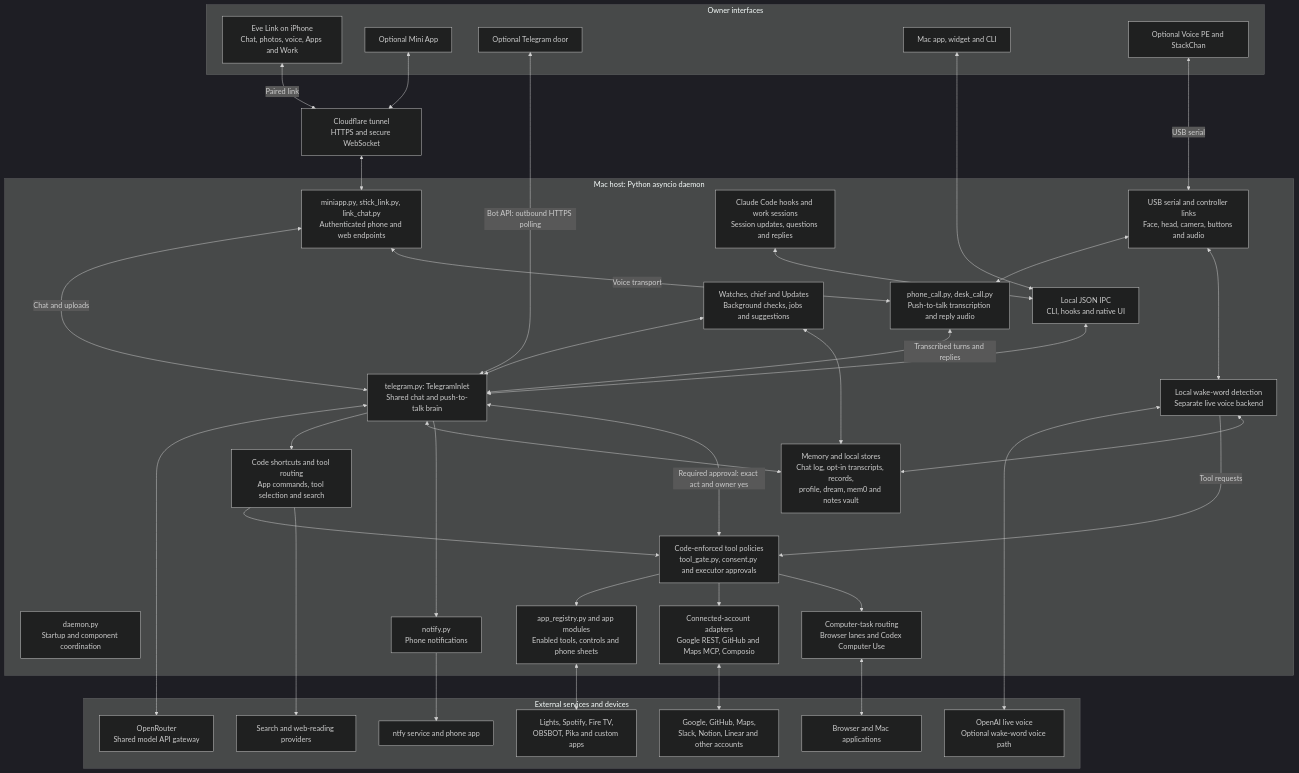
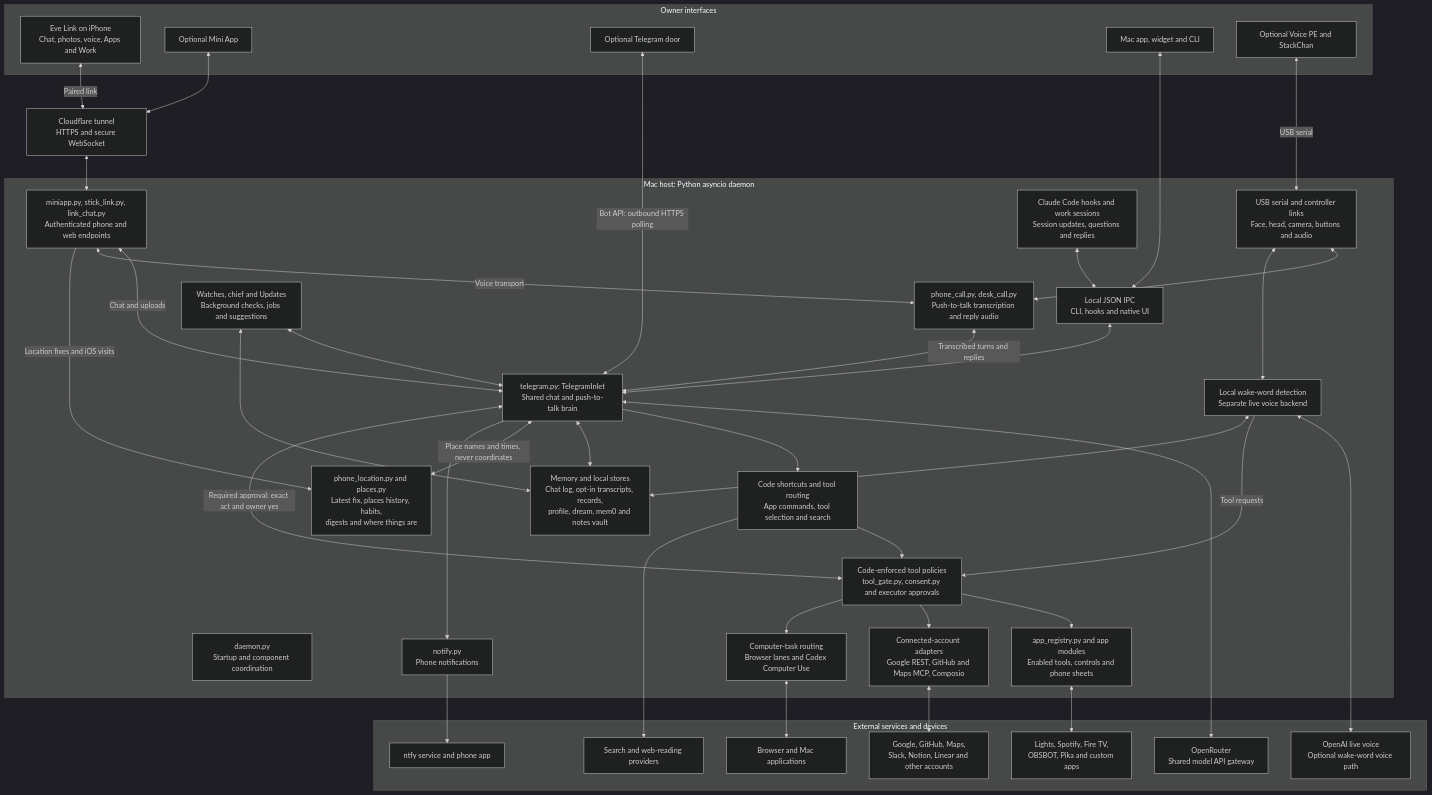
Before and after one commit to gurul/eve_01: the first of 2 diagrams in docs/system-design.md, drawn with Mermaid (dark theme). The commit also changed other lines of this file, not shown here.

First line of the commit message:
System design: the phone's location and the places history

````diff
--- a/docs/system-design.md
+++ b/docs/system-design.md
@@ -9,74 +9,77 @@
 ```mermaid
 flowchart TB
     subgraph surfaces["Owner interfaces"]
         phone["Eve Link on iPhone<br/>Chat, photos, voice, Apps and Work"]
         mini["Optional Mini App"]
         telegram["Optional Telegram door"]
         desktop["Mac app, widget and CLI"]
         desk["Optional Voice PE and StackChan"]
     end
 
     tunnel["Cloudflare tunnel<br/>HTTPS and secure WebSocket"]
 
     subgraph host["Mac host: Python asyncio daemon"]
         lifecycle["daemon.py<br/>Startup and component coordination"]
         api["miniapp.py, stick_link.py, link_chat.py<br/>Authenticated phone and web endpoints"]
         calls["phone_call.py, desk_call.py<br/>Push-to-talk transcription and reply audio"]
         ipc["Local JSON IPC<br/>CLI, hooks and native UI"]
         body["USB serial and controller links<br/>Face, head, camera, buttons and audio"]
         wake["Local wake-word detection<br/>Separate live voice backend"]
         brain["telegram.py: TelegramInlet<br/>Shared chat and push-to-talk brain"]
         routing["Code shortcuts and tool routing<br/>App commands, tool selection and search"]
         gate["Code-enforced tool policies<br/>tool_gate.py, consent.py and executor approvals"]
         registry["app_registry.py and app modules<br/>Enabled tools, controls and phone sheets"]
         accounts["Connected-account adapters<br/>Google REST, GitHub and Maps MCP, Composio"]
         tasks["Computer-task routing<br/>Browser lanes and Codex Computer Use"]
         jobs["Watches, chief and Updates<br/>Background checks, jobs and suggestions"]
         memory["Memory and local stores<br/>Chat log, opt-in transcripts, records,<br/>profile, dream, mem0 and notes vault"]
+        places["phone_location.py and places.py<br/>Latest fix, places history, habits,<br/>digests and where things are"]
         coding["Claude Code hooks and work sessions<br/>Session updates, questions and replies"]
         notify["notify.py<br/>Phone notifications"]
     end
 
     subgraph services["External services and devices"]
         models["OpenRouter<br/>Shared model API gateway"]
         live["OpenAI live voice<br/>Optional wake-word voice path"]
         apps["Lights, Spotify, Fire TV,<br/>OBSBOT, Pika and custom apps"]
         connected["Google, GitHub, Maps,<br/>Slack, Notion, Linear and other accounts"]
         computer["Browser and Mac applications"]
         search["Search and web-reading providers"]
         ntfy["ntfy service and phone app"]
     end
 
     phone <-->|"Paired link"| tunnel
     mini <--> tunnel
     tunnel <--> api
     api <-->|"Chat and uploads"| brain
     api <-->|"Voice transport"| calls
     calls <-->|"Transcribed turns and replies"| brain
     telegram <-->|"Bot API: outbound HTTPS polling"| brain
     desktop <--> ipc
     ipc <--> brain
     desk <-->|"USB serial"| body
     body <--> calls
     body <--> wake
     wake <--> live
     wake -->|"Tool requests"| gate
     brain <--> models
     brain --> routing
     routing --> gate
     routing --> search
     gate <-->|"Required approval: exact act and owner yes"| brain
     gate --> registry
     gate --> accounts
     gate --> tasks
     registry <--> apps
     accounts <--> connected
     tasks <--> computer
     brain <--> memory
     wake <--> memory
     jobs <--> brain
     jobs <--> memory
+    api -->|"Location fixes and iOS visits"| places
+    brain <-->|"Place names and times, never coordinates"| places
     coding <--> ipc
     brain --> notify
     notify --> ntfy
 ```
````
